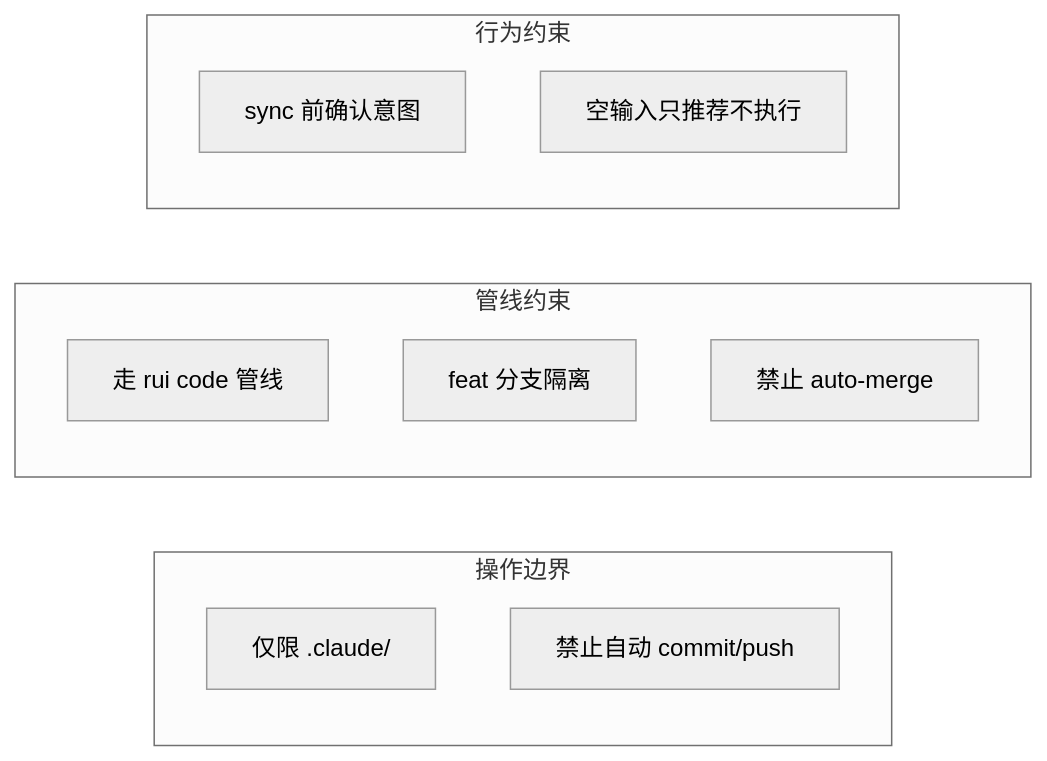
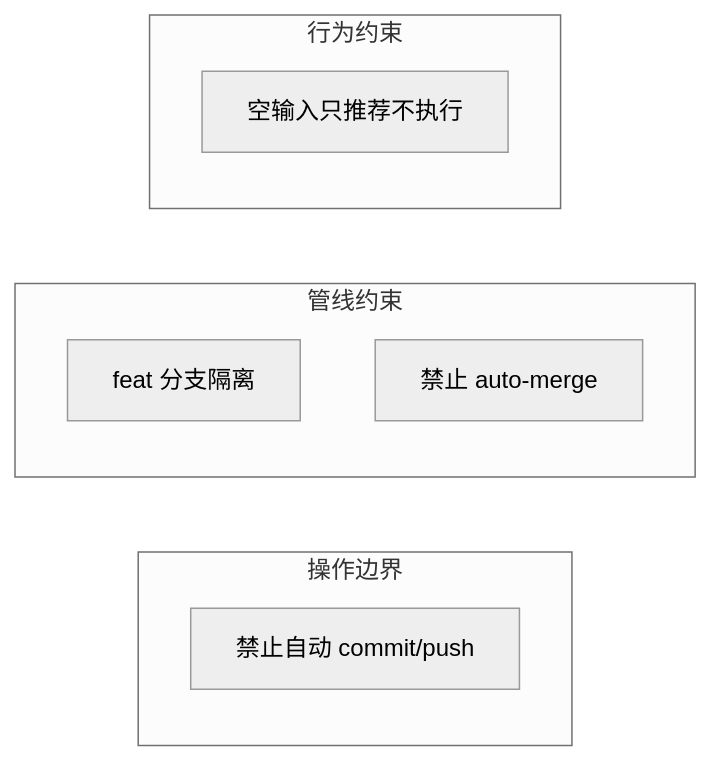
Before and after one commit to effiy/YrY: the seventh of 8 diagrams in skills/rui-claude/SKILL.md, drawn with Mermaid (neutral theme). The commit also changed other lines of this file and 42 other files, not shown here.

First line of the commit message:
feat: apply Mermaid authoring rules (M1-M12) across entire codebase

````diff
--- a/skills/rui-claude/SKILL.md
+++ b/skills/rui-claude/SKILL.md
@@ -148,17 +162,18 @@
 ```mermaid
 flowchart LR
     subgraph 边界["操作边界"]
-        R1["仅限 .claude/"]:::rule
+        direction TB
         R7["禁止自动 commit/push"]:::rule
     end
     subgraph 管线["管线约束"]
-        R2["走 rui code 管线"]:::rule
+        direction TB
         R3["feat 分支隔离"]:::rule
         R4["禁止 auto-merge"]:::rule
     end
     subgraph 行为["行为约束"]
-        R5["sync 前确认意图"]:::rule
+        direction TB
         R6["空输入只推荐不执行"]:::rule
     end
 
+
 ```
````
